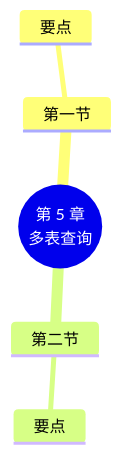
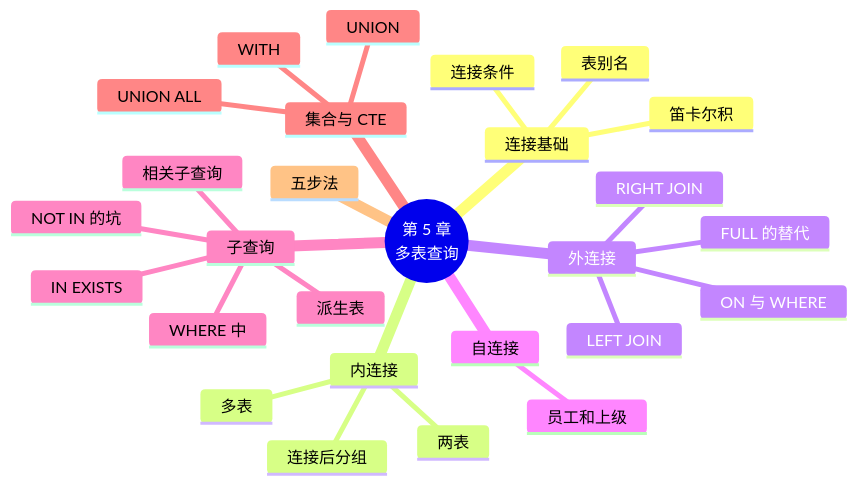
The diagram in docs/chapters/05-multi-table-query/index.md (MingziFu9/database-textbook), drawn with Mermaid before and after one commit. The commit also changed other lines of this file and 4 other files, not shown here.

Commit message:
第 5 章：多表查询（连接、子查询、UNION、WITH），3 个实验已在 MySQL 8.4 实测

````diff
--- a/docs/chapters/05-multi-table-query/index.md
+++ b/docs/chapters/05-multi-table-query/index.md
@@ -185,8 +1006,30 @@
 ```mermaid
 mindmap
   root((第 5 章<br/>多表查询))
-    第一节
-      要点
-    第二节
-      要点
+    连接基础
+      笛卡尔积
+      连接条件
+      表别名
+    内连接
+      两表
+      多表
+      连接后分组
+    外连接
+      LEFT JOIN
+      RIGHT JOIN
+      FULL 的替代
+      ON 与 WHERE
+    自连接
+      员工和上级
+    子查询
+      WHERE 中
+      IN EXISTS
+      NOT IN 的坑
+      相关子查询
+      派生表
+    集合与 CTE
+      UNION
+      UNION ALL
+      WITH
+    五步法
 ```
````
